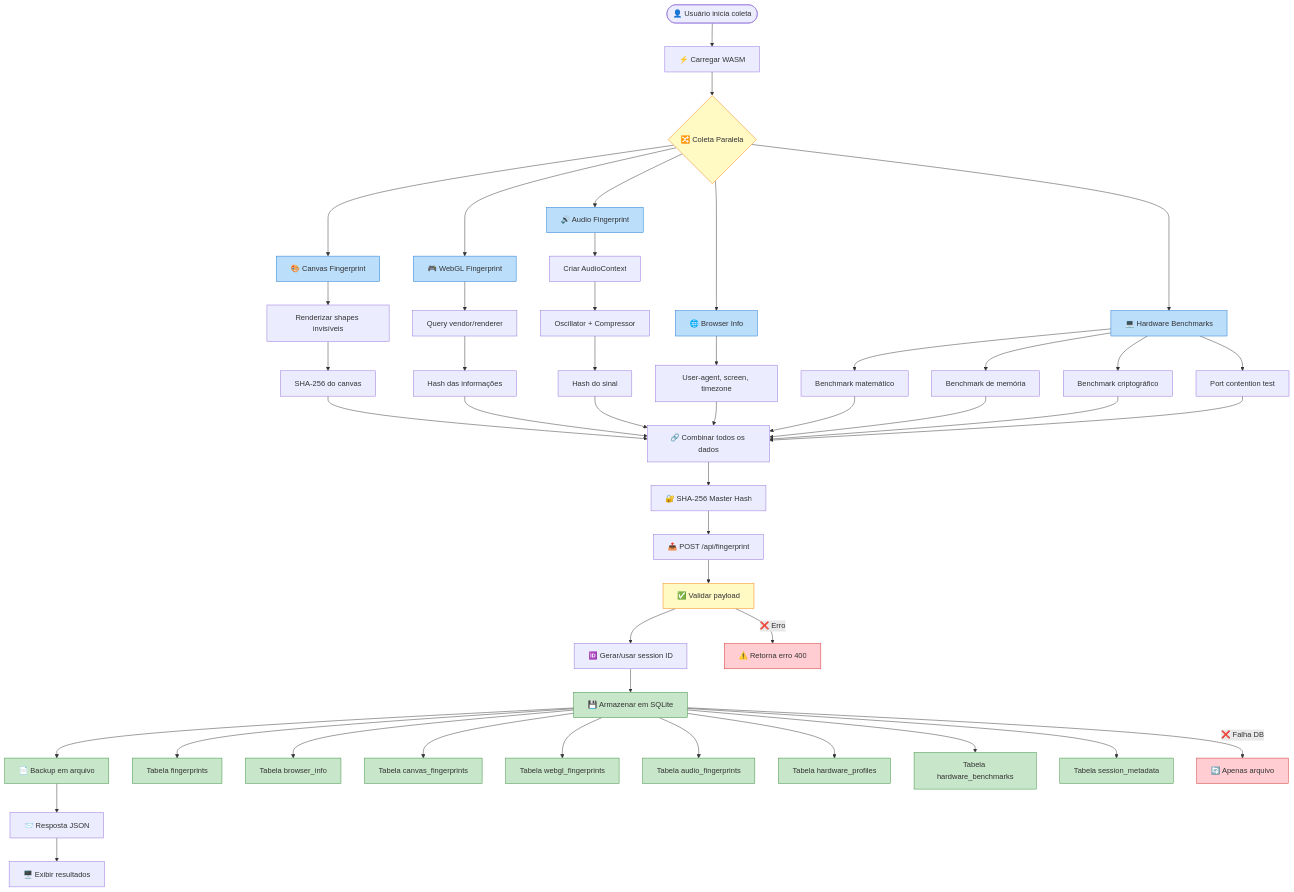
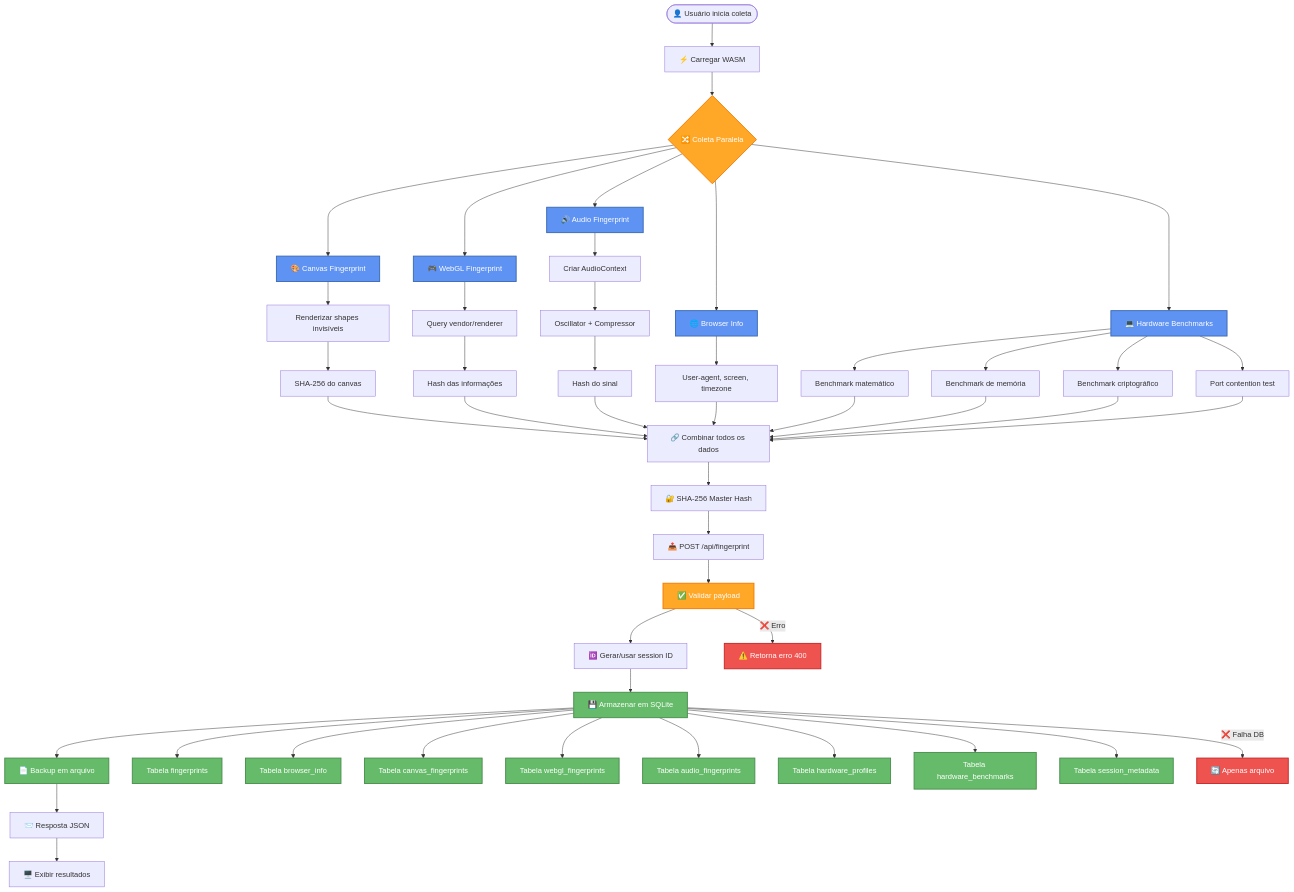
The third of 6 diagrams in .context/system-architecture.md (acauanrr/wasm-fingerprint), drawn with Mermaid before and after one commit. The commit also changed other lines of this file, not shown here.

First line of the commit message:
Improve diagram color palettes for better readability

```diff
--- a/.context/system-architecture.md
+++ b/.context/system-architecture.md
@@ -247,11 +247,11 @@
     VALIDATE -->|❌ Erro| ERROR[⚠️ Retorna erro 400]
     STORE_SQLITE -->|❌ Falha DB| FALLBACK[🔄 Apenas arquivo]
 
-    %% Styling
-    classDef process fill:#bbdefb,stroke:#1976d2
-    classDef storage fill:#c8e6c9,stroke:#388e3c
-    classDef error fill:#ffcdd2,stroke:#d32f2f
-    classDef decision fill:#fff9c4,stroke:#f57f17
+    %% Styling - Optimized for both light and dark modes
+    classDef process fill:#5e92f3,stroke:#3d6bb3,stroke-width:2px,color:#fff
+    classDef storage fill:#66bb6a,stroke:#4a8f4e,stroke-width:2px,color:#fff
+    classDef error fill:#ef5350,stroke:#c62828,stroke-width:2px,color:#fff
+    classDef decision fill:#ffa726,stroke:#f57c00,stroke-width:2px,color:#fff
 
     class CANVAS,WEBGL,AUDIO,BROWSER,HARDWARE process
     class STORE_SQLITE,STORE_FILE,DB_MAIN,DB_BROWSER,DB_CANVAS,DB_WEBGL,DB_AUDIO,DB_HARDWARE,DB_BENCH,DB_META storage
```
